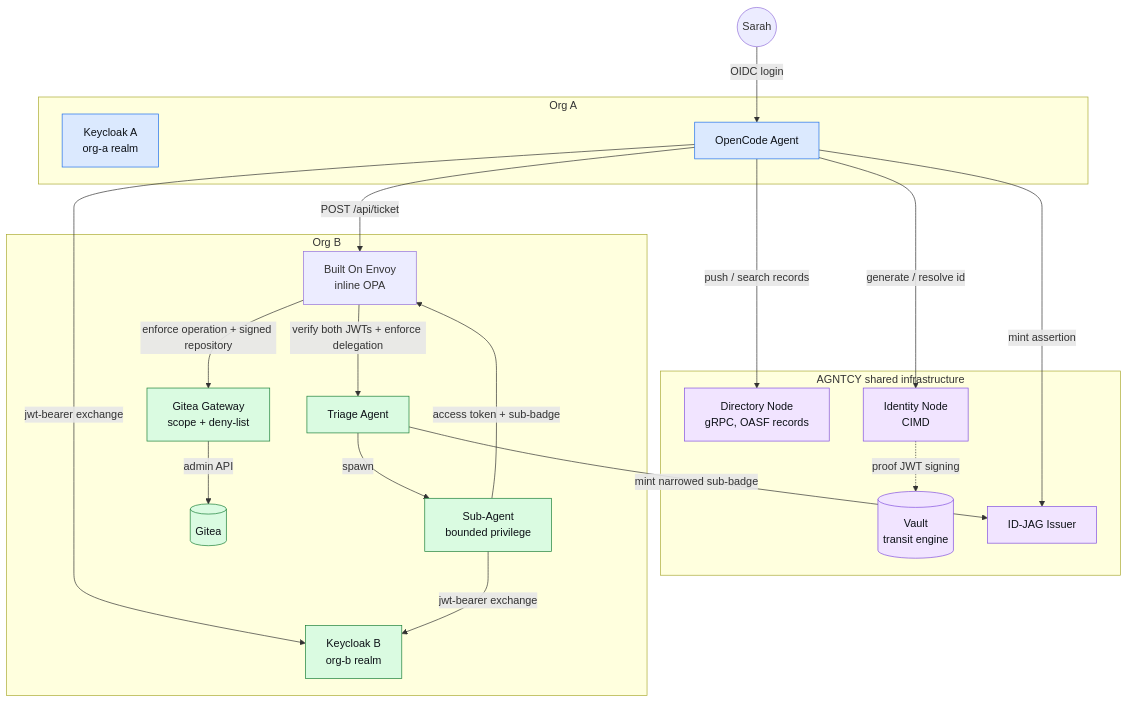
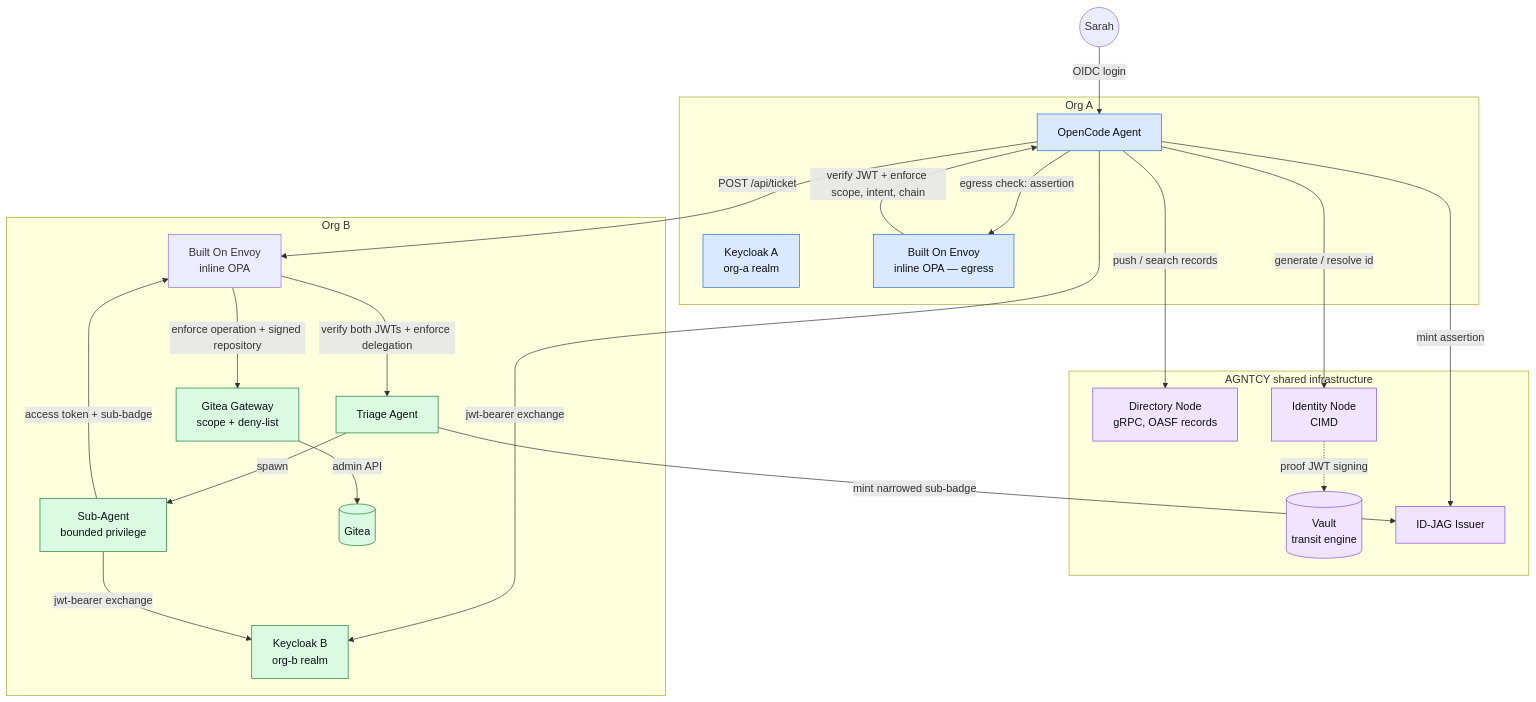
The first of 2 diagrams in cross-domain-id-jag-vc/README.md (agntcy/agent-identity-demos), drawn with Mermaid before and after one commit. The commit also changed other lines of this file and 7 other files, not shown here.

````diff
--- a/cross-domain-id-jag-vc/README.md
+++ b/cross-domain-id-jag-vc/README.md
@@ -47,47 +53,50 @@
 ```mermaid
 flowchart TB
     Sarah(("Sarah"))
 
     subgraph OrgA[" Org A "]
         KCA["Keycloak A\norg-a realm"]
         OC["OpenCode Agent"]
+        EnvoyA["Built On Envoy\ninline OPA — egress"]
     end
 
     subgraph AGNTCY[" AGNTCY shared infrastructure "]
         Dir["Directory Node\ngRPC, OASF records"]
         IdNode["Identity Node\nCIMD"]
         Vault[("Vault\ntransit engine")]
         IDJAG["ID-JAG Issuer"]
     end
 
     subgraph OrgB[" Org B "]
         KCB["Keycloak B\norg-b realm"]
         Envoy["Built On Envoy\ninline OPA"]
         Triage["Triage Agent"]
         Sub["Sub-Agent\nbounded privilege"]
         GW["Gitea Gateway\nscope + deny-list"]
         Gitea[("Gitea")]
     end
 
     Sarah -->|"OIDC login"| OC
     OC -->|"push / search records"| Dir
     OC -->|"generate / resolve id"| IdNode
     IdNode -.->|"proof JWT signing"| Vault
     OC -->|"mint assertion"| IDJAG
+    OC -->|"egress check: assertion"| EnvoyA
+    EnvoyA -->|"verify JWT + enforce scope, intent, chain"| OC
     OC -->|"jwt-bearer exchange"| KCB
     OC -->|"POST /api/ticket"| Envoy
     Envoy -->|"verify both JWTs + enforce delegation"| Triage
     Triage -->|"mint narrowed sub-badge"| IDJAG
     Triage -->|"spawn"| Sub
     Sub -->|"jwt-bearer exchange"| KCB
     Sub -->|"access token + sub-badge"| Envoy
     Envoy -->|"enforce operation + signed repository"| GW
     GW -->|"admin API"| Gitea
 
     classDef orgA fill:#dbe9fe,stroke:#1f6feb,color:#0d1117;
     classDef orgB fill:#dafbe1,stroke:#1a7f37,color:#0d1117;
     classDef shared fill:#f1e4ff,stroke:#8250df,color:#0d1117;
-    class KCA,OC orgA;
+    class KCA,OC,EnvoyA orgA;
     class KCB,Triage,Sub,GW,Gitea orgB;
     class Dir,IdNode,Vault,IDJAG shared;
 ```
````
